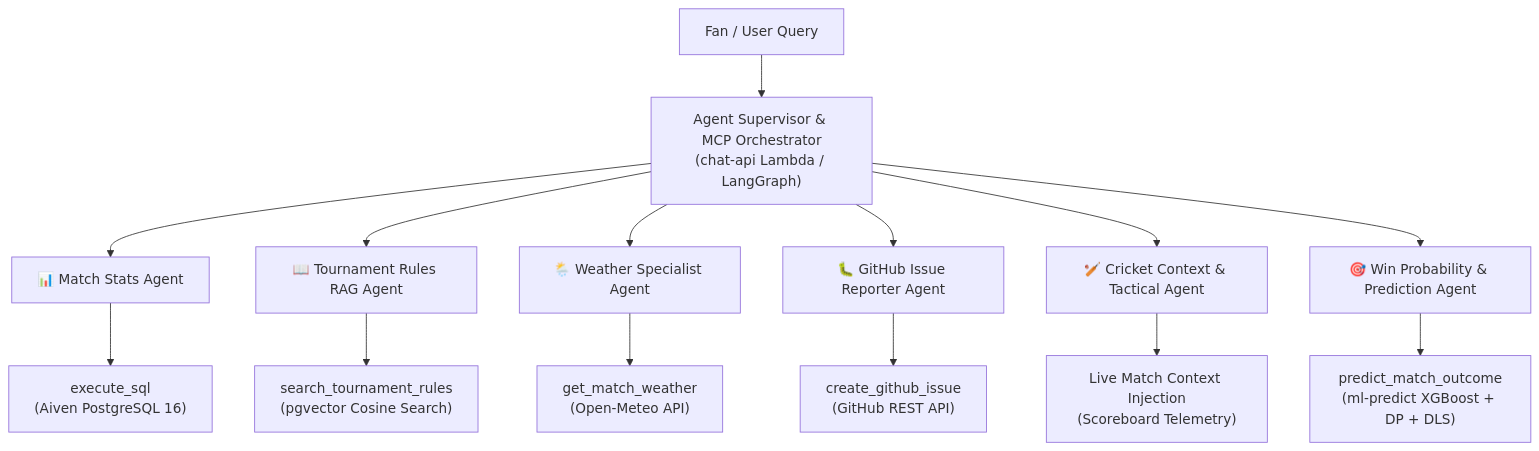
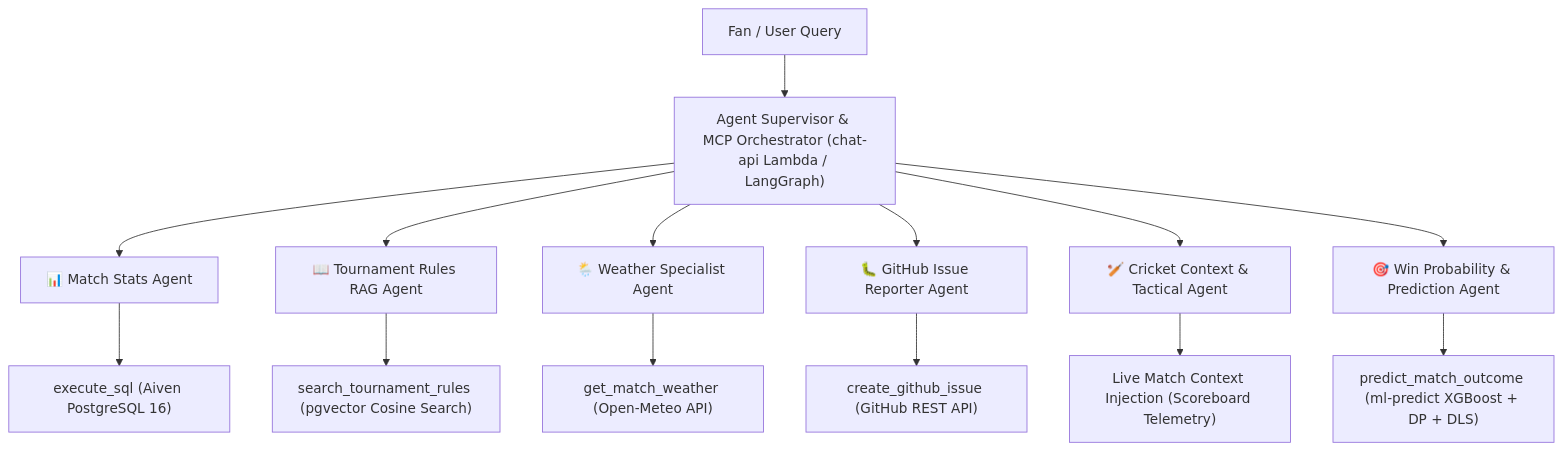
One commit to venkatesh-singamsetty/cricscore changed the diagram in docs/architecture_faq.md. Above: the diagram before and after it, drawn with Mermaid. The commit also changed 80 other files, not shown here.

````diff
--- a/docs/architecture_faq.md
+++ b/docs/architecture_faq.md
@@ -161,18 +161,18 @@
 ```mermaid
 graph TD
-    User["Fan / User Query"] --> Supervisor["Agent Supervisor & MCP Orchestrator<br/>(chat-api Lambda / LangGraph)"]
+    User["Fan / User Query"] --> Supervisor["Agent Supervisor & MCP Orchestrator (chat-api Lambda / LangGraph)"]
 
     Supervisor --> Agent1["📊 Match Stats Agent"]
     Supervisor --> Agent2["📖 Tournament Rules RAG Agent"]
     Supervisor --> Agent3["🌦️ Weather Specialist Agent"]
     Supervisor --> Agent4["🐛 GitHub Issue Reporter Agent"]
     Supervisor --> Agent5["🏏 Cricket Context & Tactical Agent"]
     Supervisor --> Agent6["🎯 Win Probability & Prediction Agent"]
 
-    Agent1 --> Tool1["execute_sql<br/>(Aiven PostgreSQL 16)"]
-    Agent2 --> Tool2["search_tournament_rules<br/>(pgvector Cosine Search)"]
-    Agent3 --> Tool3["get_match_weather<br/>(Open-Meteo API)"]
-    Agent4 --> Tool4["create_github_issue<br/>(GitHub REST API)"]
-    Agent5 --> Tool5["Live Match Context Injection<br/>(Scoreboard Telemetry)"]
-    Agent6 --> Tool6["predict_match_outcome<br/>(ml-predict XGBoost + DP + DLS)"]
+    Agent1 --> Tool1["execute_sql (Aiven PostgreSQL 16)"]
+    Agent2 --> Tool2["search_tournament_rules (pgvector Cosine Search)"]
+    Agent3 --> Tool3["get_match_weather (Open-Meteo API)"]
+    Agent4 --> Tool4["create_github_issue (GitHub REST API)"]
+    Agent5 --> Tool5["Live Match Context Injection (Scoreboard Telemetry)"]
+    Agent6 --> Tool6["predict_match_outcome (ml-predict XGBoost + DP + DLS)"]
 ```
````
